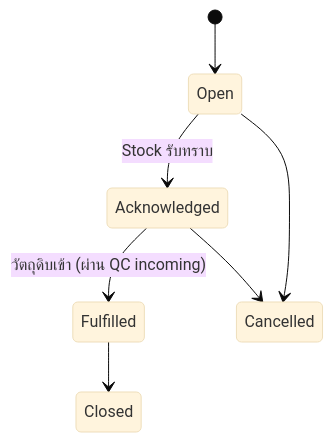
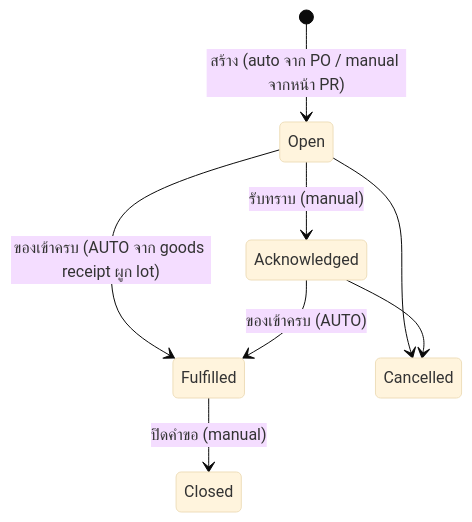
One commit to sitthi-phat/erp-cosmetics-manufacturing-module changed the sixth of 7 diagrams in docs/requirements/erp-v2-ui-first/status-journeys.md. Above: the diagram before and after it, drawn with Mermaid (base theme). The commit also changed other lines of this file and 3 other files, not shown here.

````diff
--- a/docs/requirements/erp-v2-ui-first/status-journeys.md
+++ b/docs/requirements/erp-v2-ui-first/status-journeys.md
@@ -160,9 +159,10 @@
 ```mermaid
 stateDiagram-v2
-    [*] --> Open
-    Open --> Acknowledged: Stock รับทราบ
-    Acknowledged --> Fulfilled: วัตถุดิบเข้า (ผ่าน QC incoming)
-    Fulfilled --> Closed
+    [*] --> Open: สร้าง (auto จาก PO / manual จากหน้า PR)
+    Open --> Acknowledged: รับทราบ (manual)
+    Open --> Fulfilled: ของเข้าครบ (AUTO จาก goods receipt ผูก lot)
+    Acknowledged --> Fulfilled: ของเข้าครบ (AUTO)
+    Fulfilled --> Closed: ปิดคำขอ (manual)
     Open --> Cancelled
     Acknowledged --> Cancelled
 ```
````
